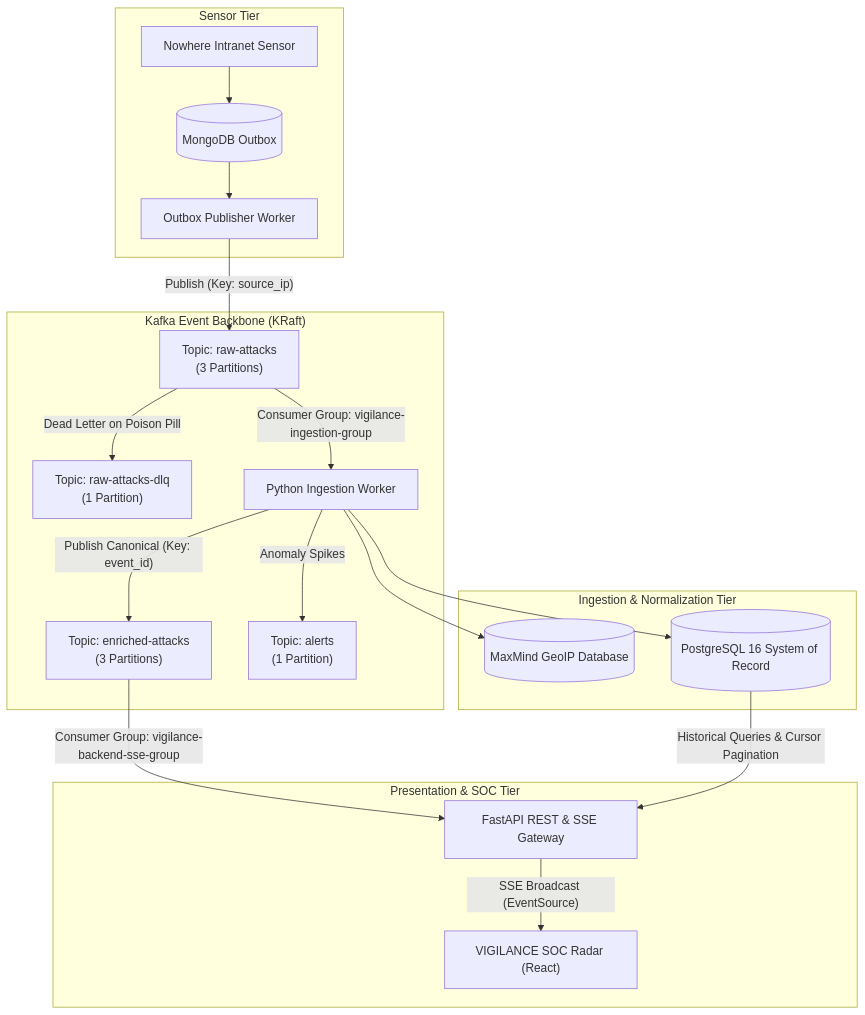
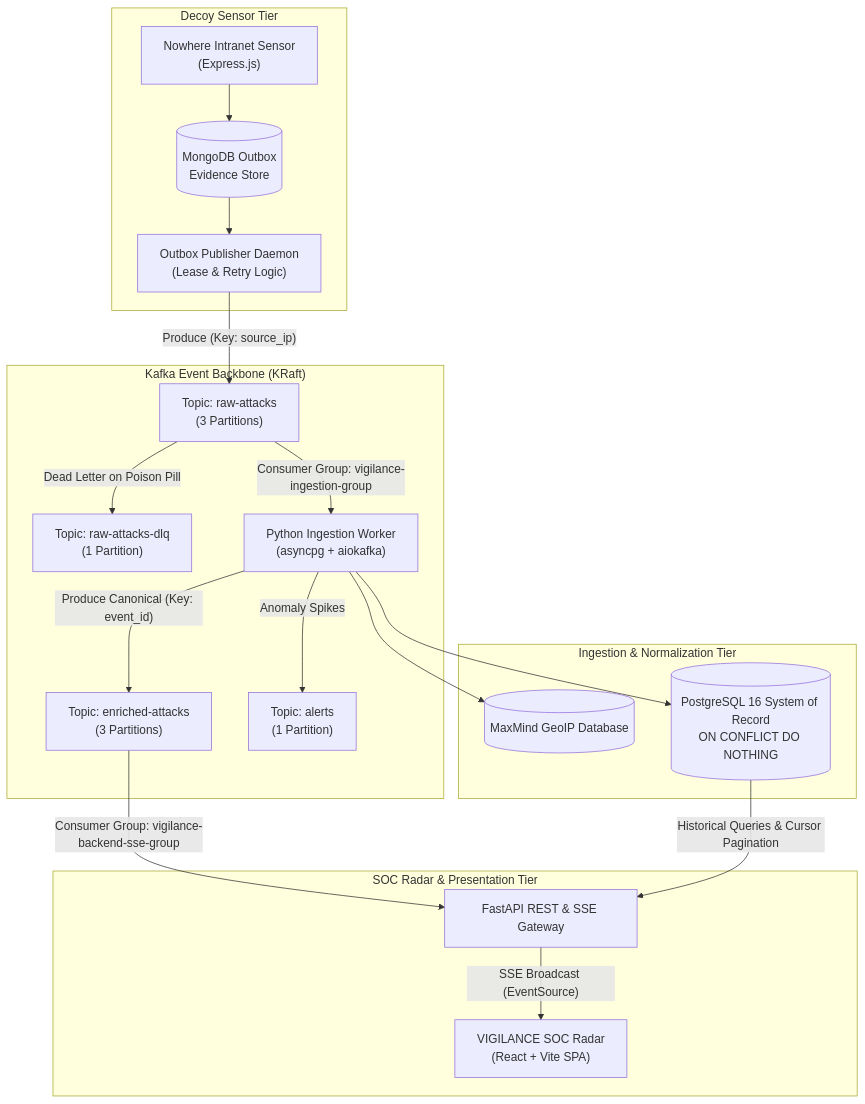
One commit to probanjee/Honeypot-System changed the diagram in README.md. Above: the diagram before and after it, drawn with Mermaid. The commit also changed other lines of this file, not shown here.

Commit message:
docs: polish README with full Kafka architecture, badges, Vercel/Netlify deploy links, and system specs

````diff
--- a/README.md
+++ b/README.md
@@ -51,26 +80,26 @@
 ```mermaid
 flowchart TD
-    subgraph Deception ["Sensor Tier"]
-        Sensor["Nowhere Intranet Sensor"] --> Outbox[("MongoDB Outbox")]
-        Outbox --> OutboxPub["Outbox Publisher Worker"]
+    subgraph Deception ["Decoy Sensor Tier"]
+        Sensor["Nowhere Intranet Sensor\n(Express.js)"] --> Outbox[("MongoDB Outbox\nEvidence Store")]
+        Outbox --> OutboxPub["Outbox Publisher Daemon\n(Lease & Retry Logic)"]
     end
 
     subgraph KafkaCluster ["Kafka Event Backbone (KRaft)"]
-        OutboxPub -->|"Publish (Key: source_ip)"| T1["Topic: raw-attacks\n(3 Partitions)"]
+        OutboxPub -->|"Produce (Key: source_ip)"| T1["Topic: raw-attacks\n(3 Partitions)"]
         T1 -->|"Dead Letter on Poison Pill"| DLQ["Topic: raw-attacks-dlq\n(1 Partition)"]
-        IngestionWorker -->|"Publish Canonical (Key: event_id)"| T2["Topic: enriched-attacks\n(3 Partitions)"]
+        IngestionWorker -->|"Produce Canonical (Key: event_id)"| T2["Topic: enriched-attacks\n(3 Partitions)"]
         IngestionWorker -->|"Anomaly Spikes"| T3["Topic: alerts\n(1 Partition)"]
     end
 
     subgraph Ingestion ["Ingestion & Normalization Tier"]
-        T1 -->|"Consumer Group: vigilance-ingestion-group"| IngestionWorker["Python Ingestion Worker"]
+        T1 -->|"Consumer Group: vigilance-ingestion-group"| IngestionWorker["Python Ingestion Worker\n(asyncpg + aiokafka)"]
         IngestionWorker --> GeoIP[("MaxMind GeoIP Database")]
-        IngestionWorker --> Postgres[("PostgreSQL 16 System of Record")]
+        IngestionWorker --> Postgres[("PostgreSQL 16 System of Record\nON CONFLICT DO NOTHING")]
     end
 
-    subgraph Presentation ["Presentation & SOC Tier"]
+    subgraph Presentation ["SOC Radar & Presentation Tier"]
         T2 -->|"Consumer Group: vigilance-backend-sse-group"| Backend["FastAPI REST & SSE Gateway"]
-        Backend -->|"SSE Broadcast (EventSource)"| Dashboard["VIGILANCE SOC Radar (React)"]
+        Backend -->|"SSE Broadcast (EventSource)"| Dashboard["VIGILANCE SOC Radar\n(React + Vite SPA)"]
         Postgres -->|"Historical Queries & Cursor Pagination"| Backend
     end
 ```
````
